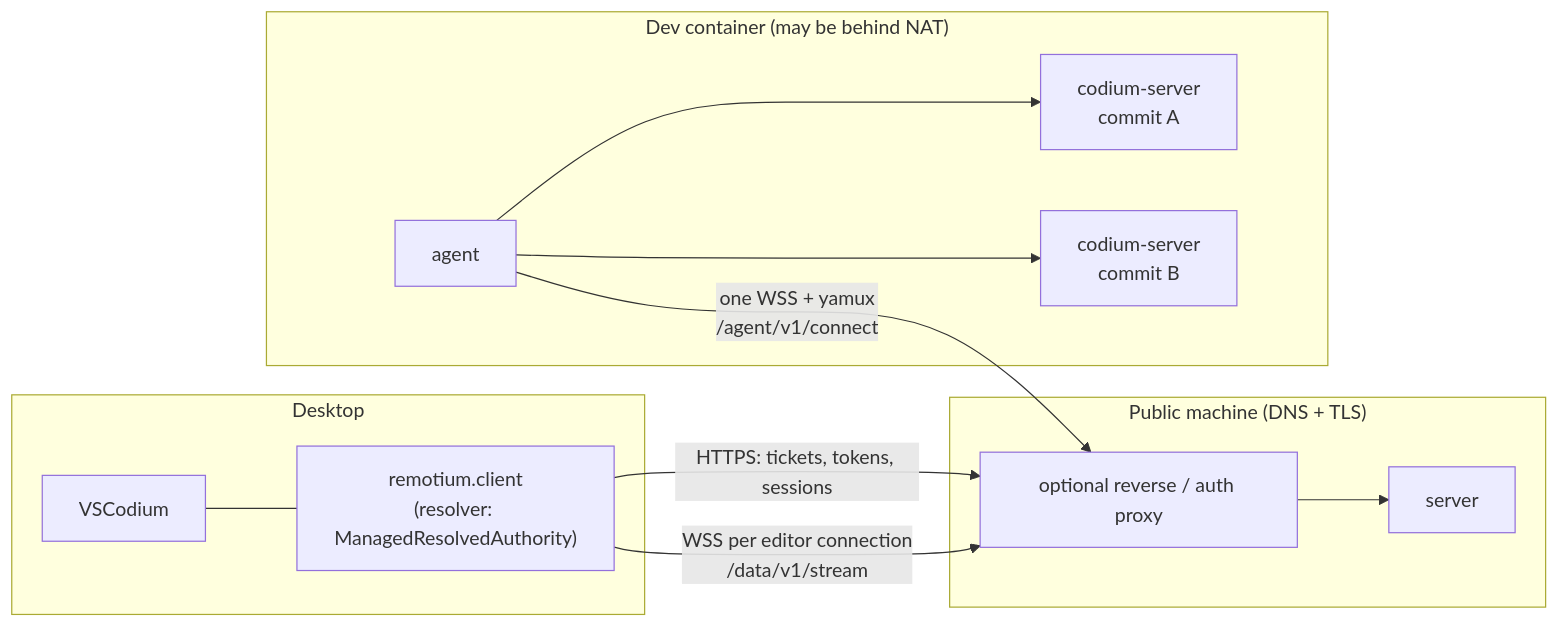
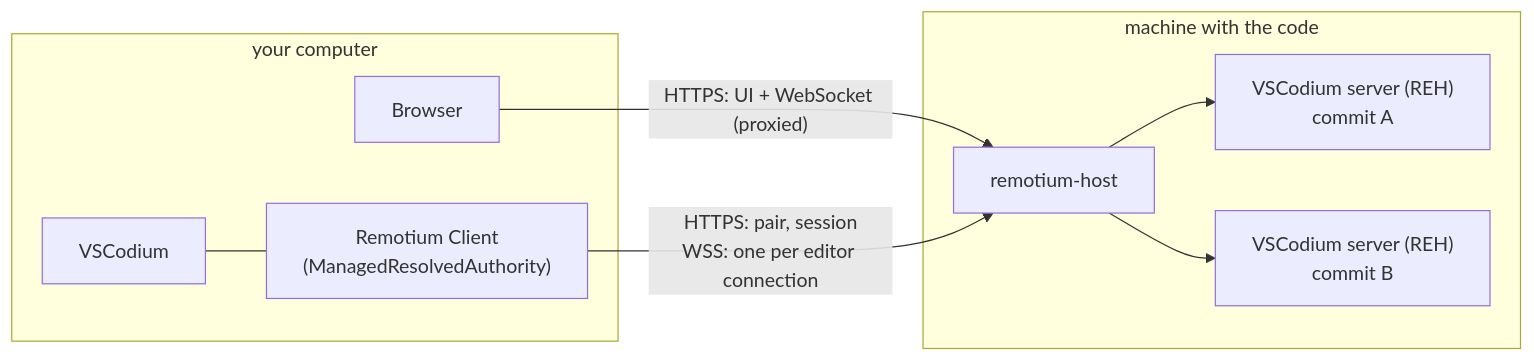
The diagram in docs/architecture.md (bkrrrr/Remotium-), drawn with Mermaid before and after one commit. The commit also changed other lines of this file and 29 other files, not shown here.

First line of the commit message:
CI and release for remotium-host; docs; remove deploy/

````diff
--- a/docs/architecture.md
+++ b/docs/architecture.md
@@ -3,16 +3,13 @@
 ```mermaid
 flowchart LR
-  subgraph Desktop
-    E[VSCodium] --- X["remotium.client<br/>(resolver: ManagedResolvedAuthority)"]
+  subgraph Desktop["your computer"]
+    B[Browser]
+    E[VSCodium] --- C["Remotium Client<br/>(ManagedResolvedAuthority)"]
   end
-  subgraph Public["Public machine (DNS + TLS)"]
-    P[optional reverse / auth proxy] --> B[server]
+  subgraph Host["machine with the code"]
+    H[remotium-host] --> R1["VSCodium server (REH)<br/>commit A"]
+    H --> R2["VSCodium server (REH)<br/>commit B"]
   end
-  subgraph DevEnv["Dev container (may be behind NAT)"]
-    A[agent] --> R1["codium-server<br/>commit A"]
-    A --> R2["codium-server<br/>commit B"]
-  end
-  X -- "HTTPS: tickets, tokens, sessions" --> P
-  X -- "WSS per editor connection<br/>/data/v1/stream" --> P
-  A -- "one WSS + yamux<br/>/agent/v1/connect" --> P
+  B -- "HTTPS: UI + WebSocket (proxied)" --> H
+  C -- "HTTPS: pair, session<br/>WSS: one per editor connection" --> H
 ```
````
